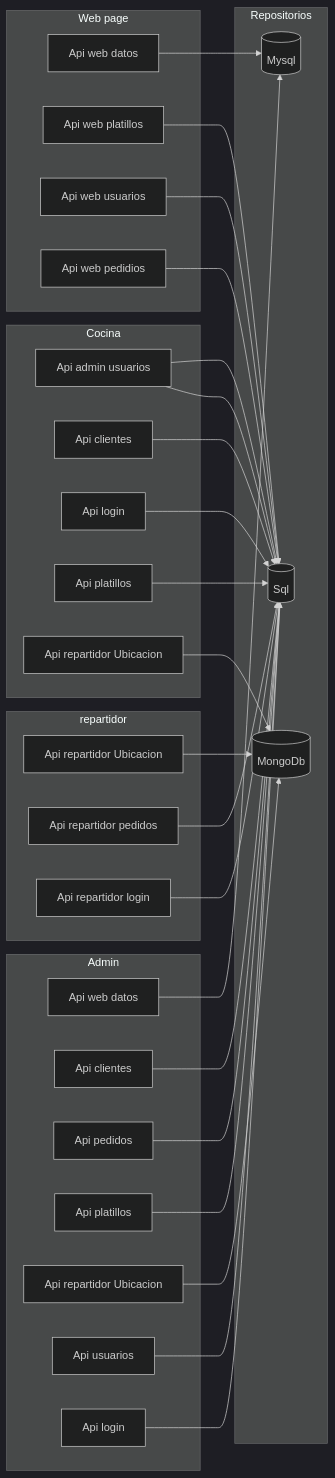
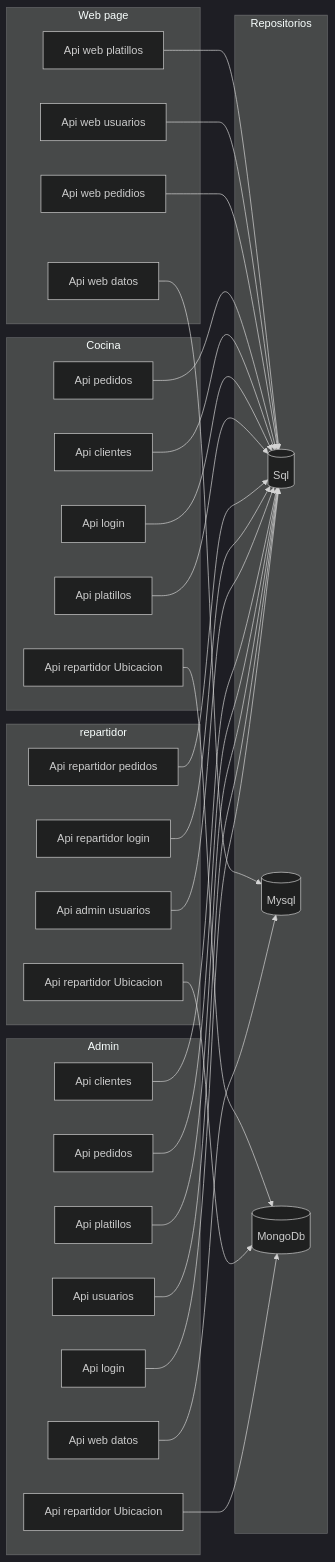
The diagram in README.md (vmartinez1984/EntregasADomicilio.MicroServicios), drawn with Mermaid (dark theme) before and after one commit.

````diff
--- a/README.md
+++ b/README.md
@@ -4,42 +4,42 @@
 ```mermaid
 flowchart LR
     subgraph Repositorios
         Db[(Sql)]
         DbMysql[(Mysql)] 
         DbMongo[(MongoDb)]
     end
 
     subgraph Web page
         C[Api web datos] -->DbMysql
         A[Api web platillos] -->Db
         B[Api web usuarios] --> Db
         D[Api web pedidios] --> Db
     end
     
 
 
     subgraph Cocina
         H[Api pedidos] -->Db
         I[Api clientes] -->Db
         J[Api login] -->Db
         K[Api platillos] -->Db
         L[Api repartidor Ubicacion] --> DbMongo
     end
 
     subgraph repartidor
         G[Api repartidor Ubicacion] --> DbMongo
         E[Api repartidor pedidos] --> Db
         F[Api repartidor login] --> Db
-        H[Api admin usuarios] --> Db
+        H1[Api admin usuarios] --> Db
     end
 
     subgraph Admin
         M[Api web datos] --> DbMysql
         N[Api clientes] --> Db
         O[Api pedidos] --> Db
         P[Api platillos] --> Db
         Q[Api repartidor Ubicacion] --> DbMongo
         R[Api usuarios] --> Db
         S[Api login] --> Db
     end
 ```
````
